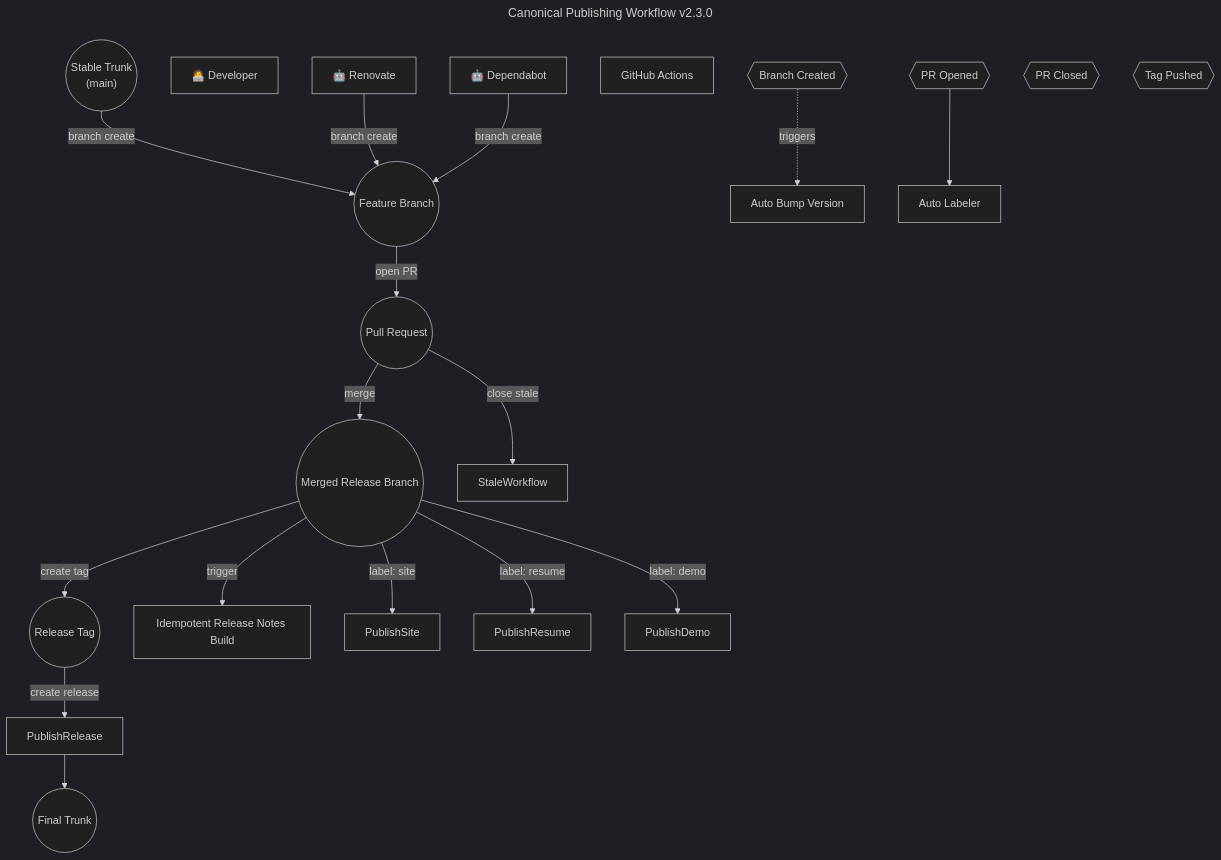
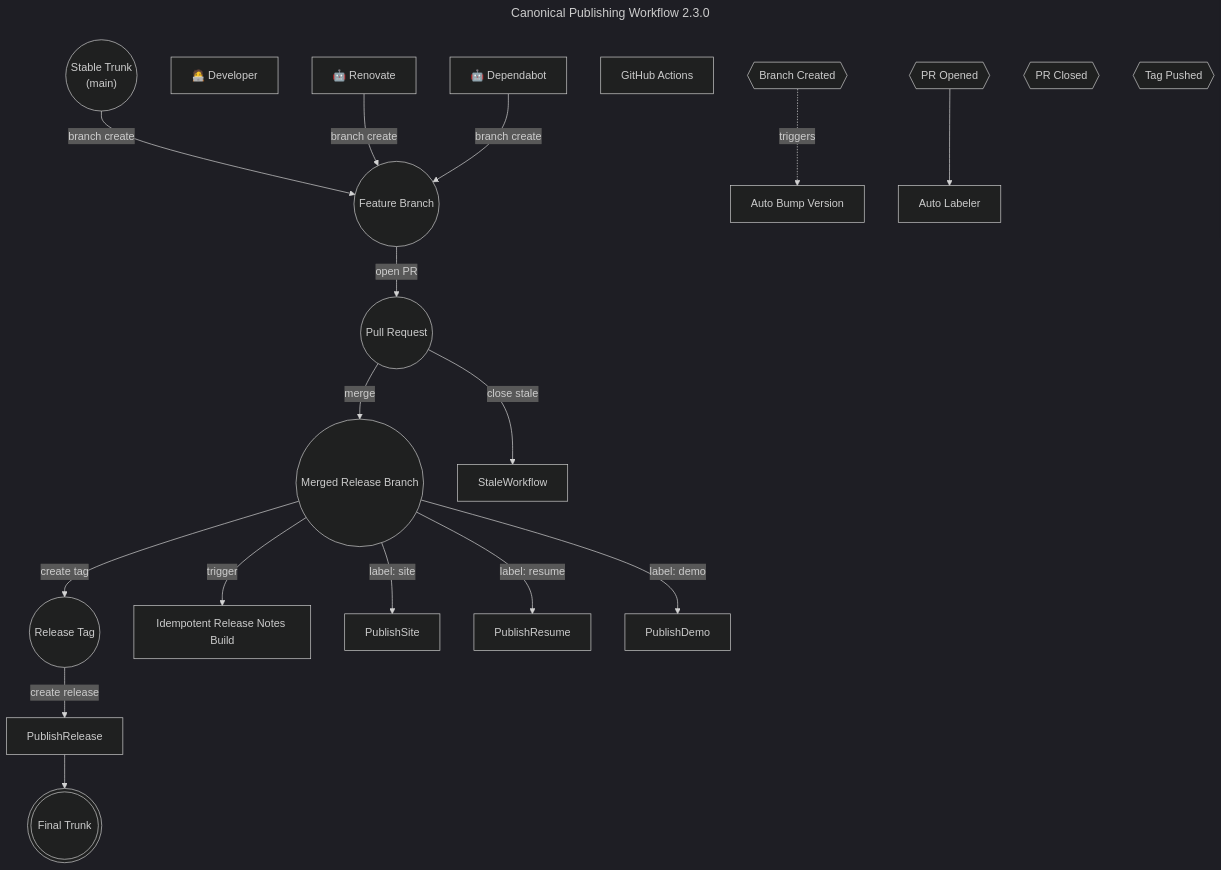
The first of 2 diagrams in SECURITY.md (Mimis-Gildi/riddle-me-this), drawn with Mermaid (dark theme) before and after one commit. The commit also changed other lines of this file, not shown here.

Commit message:
Reviewed the diagrams. Going to workflows.

````diff
--- a/SECURITY.md
+++ b/SECURITY.md
@@ -52,61 +65,62 @@
 ```mermaid
 ---
-title: Canonical Publishing Workflow v2.3.0
+title: Canonical Publishing Workflow 2.3.0
 config:
   curve: linear
   layout: dagre
 ---
 
 flowchart TD
 
 %% STATES
-  StableTrunk(("Stable Trunk\n(main)"))
+  StableTrunk(("`Stable Trunk
+                (main)`"))
   FeatureBranch(("Feature Branch"))
   PullRequest(("Pull Request"))
   ReleaseBranch(("Merged Release Branch"))
-  FinalTrunk(("Final Trunk"))
+  FinalTrunk((("Final Trunk")))
   ReleaseTag(("Release Tag"))
 
 %% ACTORS
   User["🧑‍💻 Developer"]
   Renovate["🤖 Renovate"]
   Dependabot["🤖 Dependabot"]
   System["GitHub Actions"]
 
 %% EVENTS
   BranchCreated{{Branch Created}}
   PullRequestOpened{{PR Opened}}
   PullRequestClosed{{PR Closed}}
   TagPushed{{Tag Pushed}}
 
 %% FLOWS
   StableTrunk -->|branch create| FeatureBranch
   Renovate -->|branch create| FeatureBranch
   Dependabot -->|branch create| FeatureBranch
 
   FeatureBranch -->|open PR| PullRequest
   PullRequest -->|merge| ReleaseBranch
   ReleaseBranch -->|create tag| ReleaseTag
 
 %% Versioning on Branch Create
   BranchCreated -. triggers .-> Versioning[Auto Bump Version]
 
 %% Release Notes
   ReleaseBranch -->|trigger| ReleaseNotes[Idempotent Release Notes Build]
 
 %% PR Labeler
   PullRequestOpened --> Labeler[Auto Labeler]
 
 %% Conditional Publish Flows
   ReleaseBranch -->|label: site| PublishSite
   ReleaseBranch -->|label: resume| PublishResume
   ReleaseBranch -->|label: demo| PublishDemo
 
 %% Tag pushed on release
   ReleaseTag -->|create release| PublishRelease
   PublishRelease --> FinalTrunk
 
 %% Housekeeping
   PullRequest -->|close stale| StaleWorkflow
 
 ```
````
